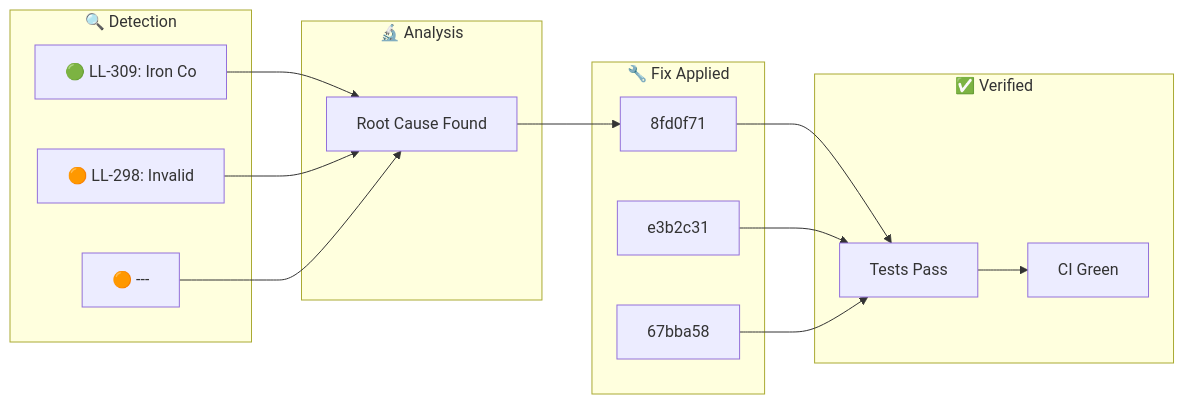
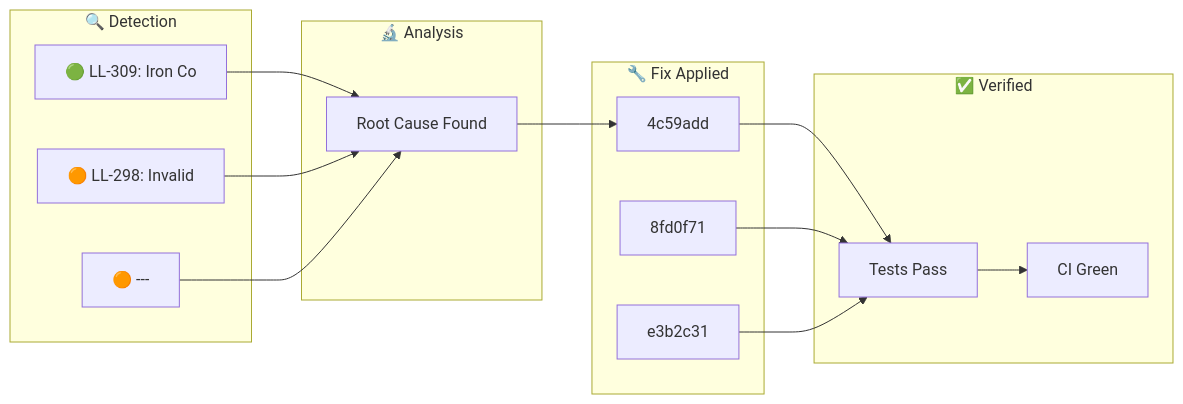
Before and after one commit to YoByron/trading: the diagram in docs/_posts/2026-01-27-ralph-discovery.md, drawn with Mermaid. The commit also changed other lines of this file, not shown here.

Commit message:
docs(ralph): Auto-publish discovery blog post

````diff
--- a/docs/_posts/2026-01-27-ralph-discovery.md
+++ b/docs/_posts/2026-01-27-ralph-discovery.md
@@ -17,28 +17,28 @@
 ```mermaid
 flowchart LR
     subgraph Detection["🔍 Detection"]
         D1["🟢 LL-309: Iron Co"]
         D2["🟠 LL-298: Invalid"]
         D3["🟠 ---"]
     end
     subgraph Analysis["🔬 Analysis"]
         A1["Root Cause Found"]
     end
     subgraph Fix["🔧 Fix Applied"]
-        F1["8fd0f71"]
-        F2["e3b2c31"]
-        F3["67bba58"]
+        F1["4c59add"]
+        F2["8fd0f71"]
+        F3["e3b2c31"]
     end
     subgraph Verify["✅ Verified"]
         V1["Tests Pass"]
         V2["CI Green"]
     end
     D1 --> A1
     D2 --> A1
     D3 --> A1
     A1 --> F1
     F1 --> V1
     F2 --> V1
     F3 --> V1
     V1 --> V2
 ```
````
